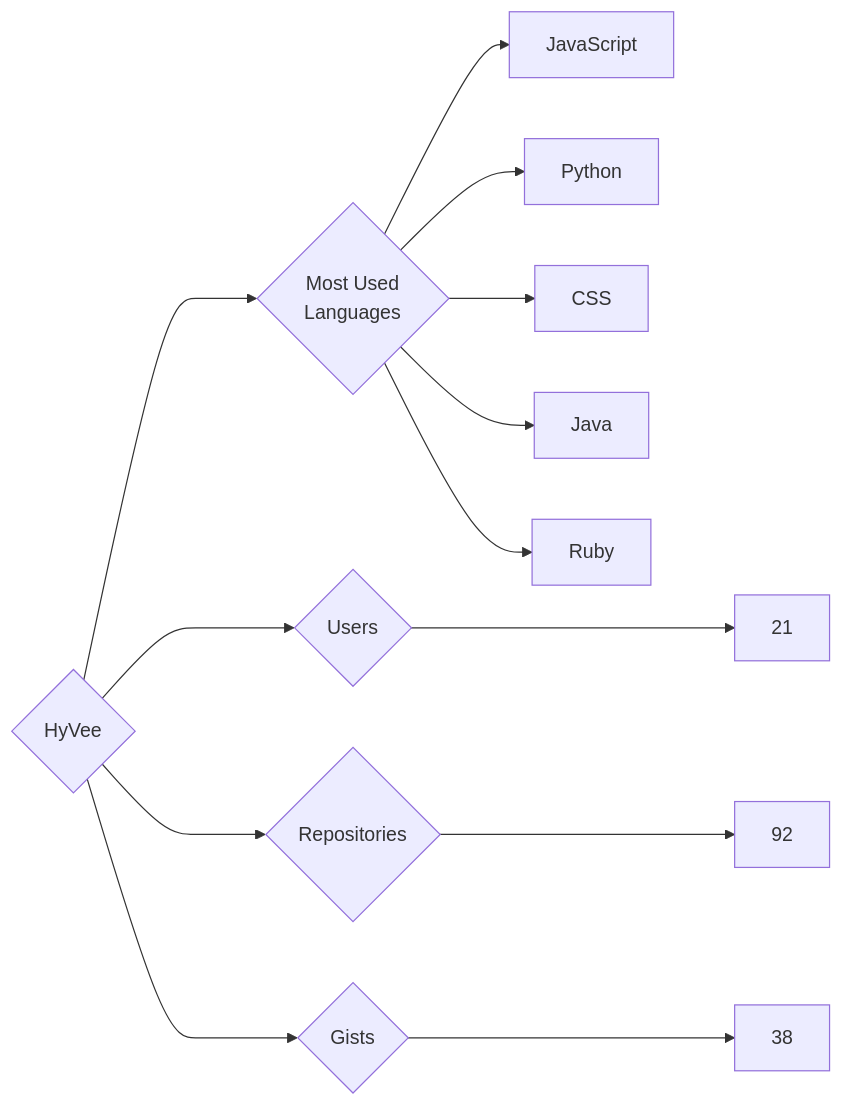
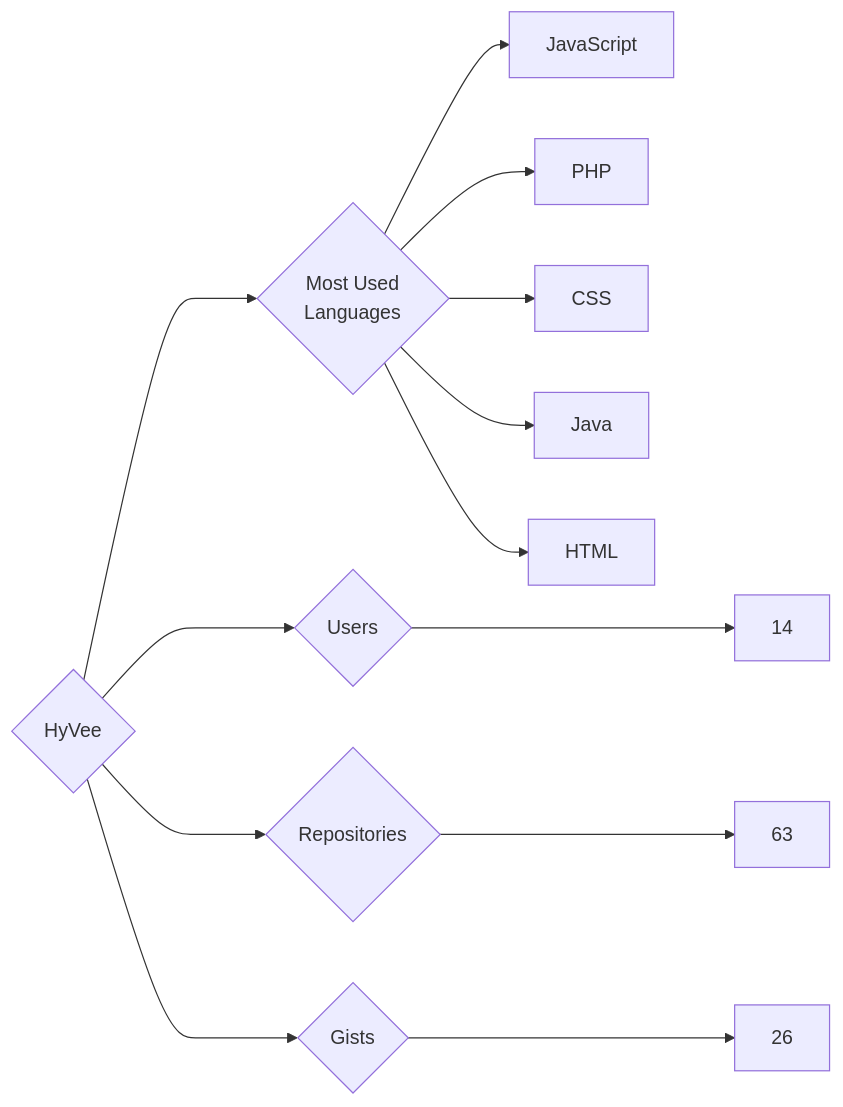
The diagram in targets/HyVee/README.md (trickest/insiders), drawn with Mermaid before and after one commit. The commit also changed 930 other files, not shown here.

````diff
--- a/targets/HyVee/README.md
+++ b/targets/HyVee/README.md
@@ -3,13 +3,13 @@
 ```mermaid
 graph LR
 COMPANY_NAME{HyVee}
-COMPANY_NAME ---> U{Users} ---> UN[21]
-COMPANY_NAME ---> R{Repositories} ---> RN[92]
-COMPANY_NAME ---> G{Gists} ---> GN[38]
+COMPANY_NAME ---> U{Users} ---> UN[14]
+COMPANY_NAME ---> R{Repositories} ---> RN[63]
+COMPANY_NAME ---> G{Gists} ---> GN[26]
 COMPANY_NAME ---> ML{Most Used<br>Languages}
 ML --> JavaScript[JavaScript]
-ML --> Python[Python]
+ML --> PHP[PHP]
 ML --> CSS[CSS]
 ML --> Java[Java]
-ML --> Ruby[Ruby]
+ML --> HTML[HTML]
 ```
````
